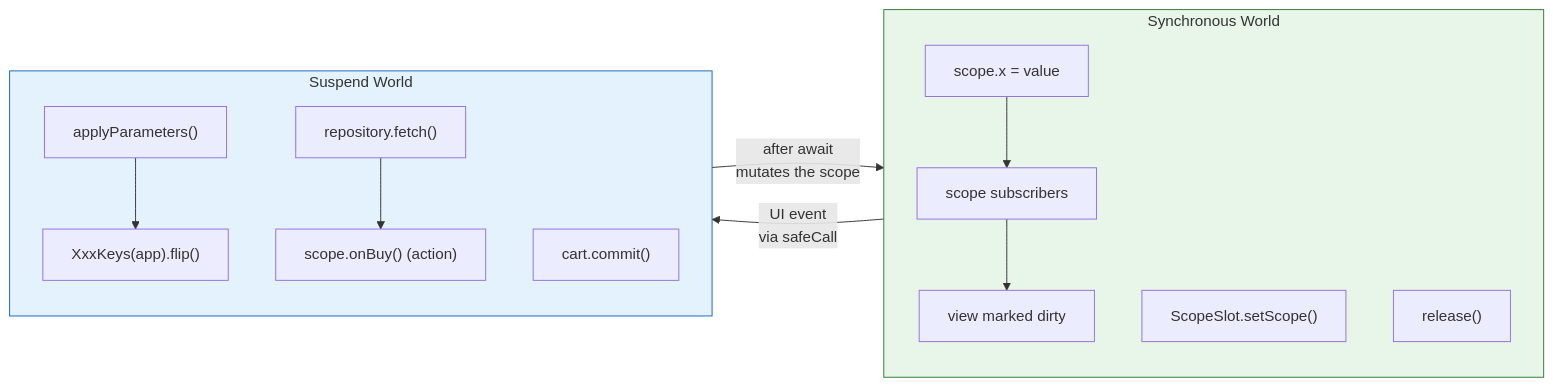
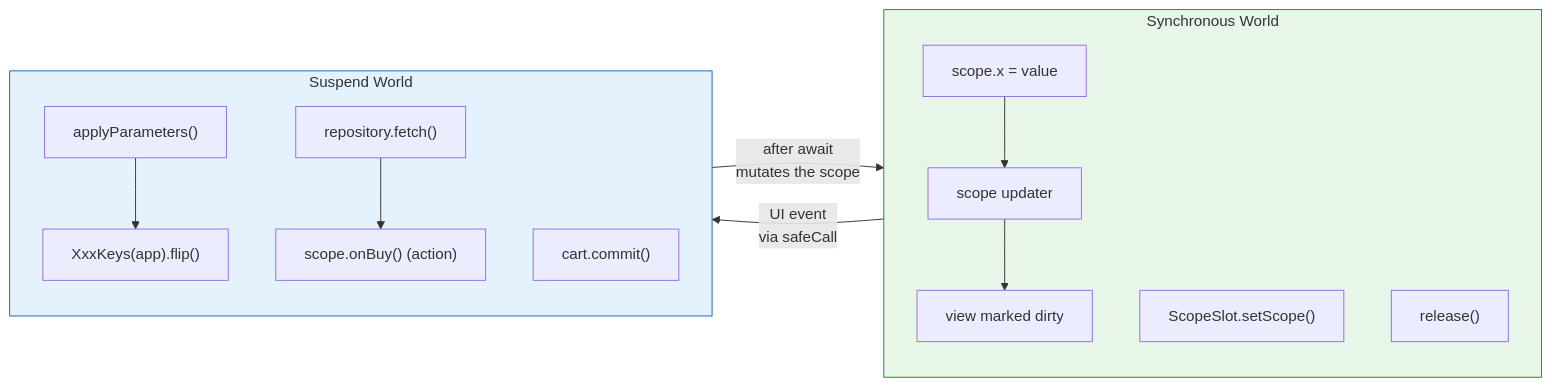
Diagram 11 of 19 in docs/architecture-cube.md (mrcdom/wdc-cube-kotlin), drawn with Mermaid before and after one commit. The commit also changed other lines of this file and 11 other files, not shown here.

````diff
--- a/docs/architecture-cube.md
+++ b/docs/architecture-cube.md
@@ -776,29 +775,29 @@
 ```mermaid
 flowchart LR
     subgraph SYNC["Synchronous World"]
         direction TB
         S1["scope.x = value"]
-        S2["scope subscribers"]
+        S2["scope updater"]
         S3["view marked dirty"]
         S4["ScopeSlot.setScope()"]
         S5["release()"]
         S1 --> S2 --> S3
     end
 
     subgraph SUSPEND["Suspend World"]
         direction TB
         A1["applyParameters()"]
         A2["XxxKeys(app).flip()"]
         A3["repository.fetch()"]
         A4["scope.onBuy() (action)"]
         A5["cart.commit()"]
         A1 --> A2
         A3 --> A4
     end
 
     SUSPEND -->|"after await\nmutates the scope"| SYNC
     SYNC -->|"UI event\nvia safeCall"| SUSPEND
 
     style SYNC fill:#e8f5e9,stroke:#2e7d32
     style SUSPEND fill:#e3f2fd,stroke:#1565c0
 ```
````
